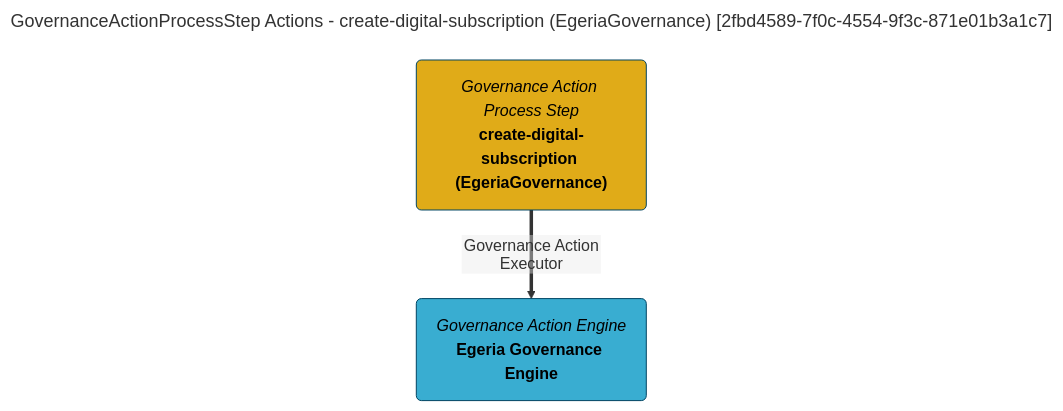
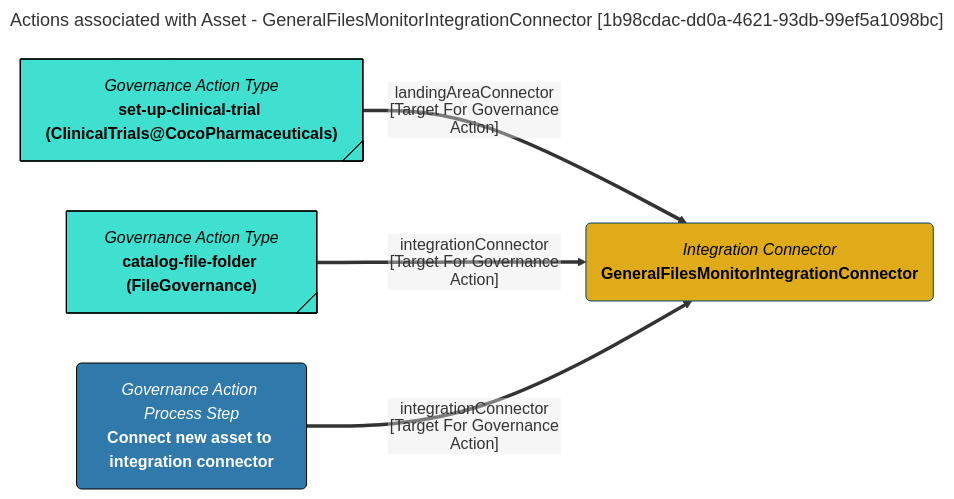
One commit to odpi/egeria-docs changed the second of 27 diagrams in site/docs/user-interfaces/mermaid/overview.md. Above: the diagram before and after it, drawn with Mermaid. The commit also changed 4 other files, not shown here.

Commit message:
Mermaid and open lineage updates

````diff
--- a/site/docs/user-interfaces/mermaid/overview.md
+++ b/site/docs/user-interfaces/mermaid/overview.md
@@ -111,15 +111,24 @@
 ```mermaid
 ---
-title: GovernanceActionProcessStep Actions - create-digital-subscription (EgeriaGovernance) [2fbd4589-7f0c-4554-9f3c-871e01b3a1c7]
+title: Actions associated with Asset - GeneralFilesMonitorIntegrationConnector [1b98cdac-dd0a-4621-93db-99ef5a1098bc]
 ---
-flowchart TD
+flowchart LR
 %%{init: {"flowchart": {"htmlLabels": false}} }%%
 
-1@{ shape: rounded, label: "*Governance Action Process Step*
-**create-digital-subscription (EgeriaGovernance)**"}
-2@{ shape: rounded, label: "*Governance Action Engine*
-**Egeria Governance Engine**"}
-1==>|"Governance Action Executor"|2
+1@{ shape: rounded, label: "*Integration Connector*
+**GeneralFilesMonitorIntegrationConnector**"}
+2@{ shape: tag-rect, label: "*Governance Action Type*
+**set-up-clinical-trial (ClinicalTrials@CocoPharmaceuticals)**"}
+2==>|"landingAreaConnector [Target For Governance Action]"|1
+3@{ shape: tag-rect, label: "*Governance Action Type*
+**catalog-file-folder (FileGovernance)**"}
+3==>|"integrationConnector [Target For Governance Action]"|1
+4@{ shape: rounded, label: "*Governance Action Process Step*
+**Connect new asset to integration connector**"}
+4==>|"integrationConnector [Target For Governance Action]"|1
 style 1 color:#000000, fill:#e0ab18, stroke:#004563
-style 2 color:#000000, fill:#39add1, stroke:#004563
+style 2 color:#000000, fill:#40E0D0, stroke:#000000
+style 3 color:#000000, fill:#40E0D0, stroke:#000000
+style 4 color:#FFFFFF, fill:#3079ab, stroke:#000000
+
 ```
````
